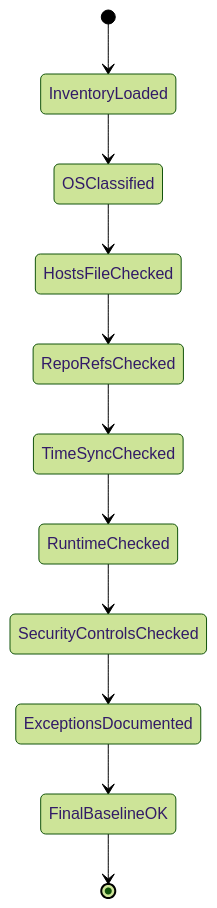
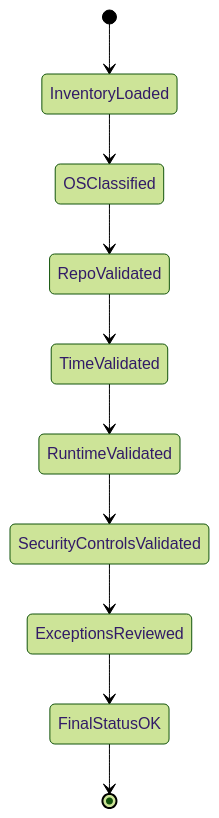
The diagram in docs/diagrams/03-control-validation-flow.md (ahmadsheikhi89/ansible-managed-dc-baseline), drawn with Mermaid (forest theme) before and after one commit. The commit also changed 64 other files, not shown here.

````diff
--- a/docs/diagrams/03-control-validation-flow.md
+++ b/docs/diagrams/03-control-validation-flow.md
@@ -3,13 +3,12 @@
 ```mermaid
 stateDiagram-v2
     [*] --> InventoryLoaded
     InventoryLoaded --> OSClassified
-    OSClassified --> HostsFileChecked
-    HostsFileChecked --> RepoRefsChecked
-    RepoRefsChecked --> TimeSyncChecked
-    TimeSyncChecked --> RuntimeChecked
-    RuntimeChecked --> SecurityControlsChecked
-    SecurityControlsChecked --> ExceptionsDocumented
-    ExceptionsDocumented --> FinalBaselineOK
-    FinalBaselineOK --> [*]
+    OSClassified --> RepoValidated
+    RepoValidated --> TimeValidated
+    TimeValidated --> RuntimeValidated
+    RuntimeValidated --> SecurityControlsValidated
+    SecurityControlsValidated --> ExceptionsReviewed
+    ExceptionsReviewed --> FinalStatusOK
+    FinalStatusOK --> [*]
 ```
````
